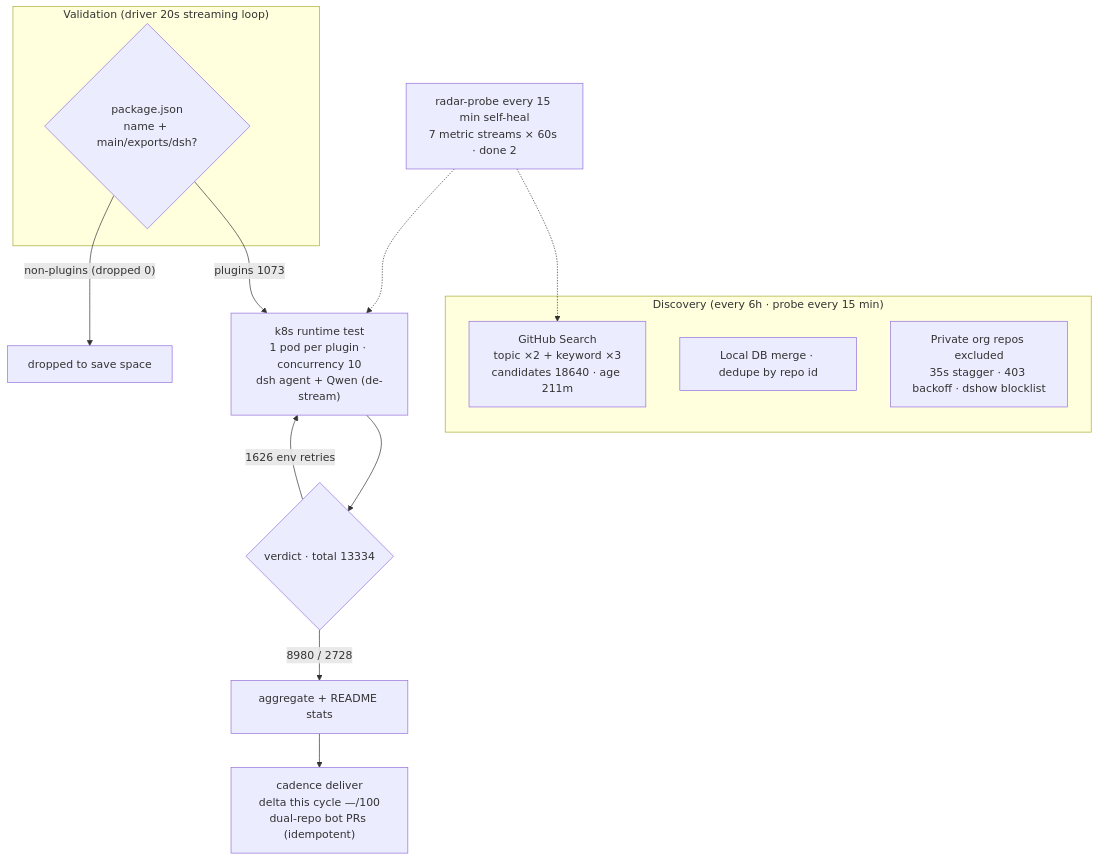
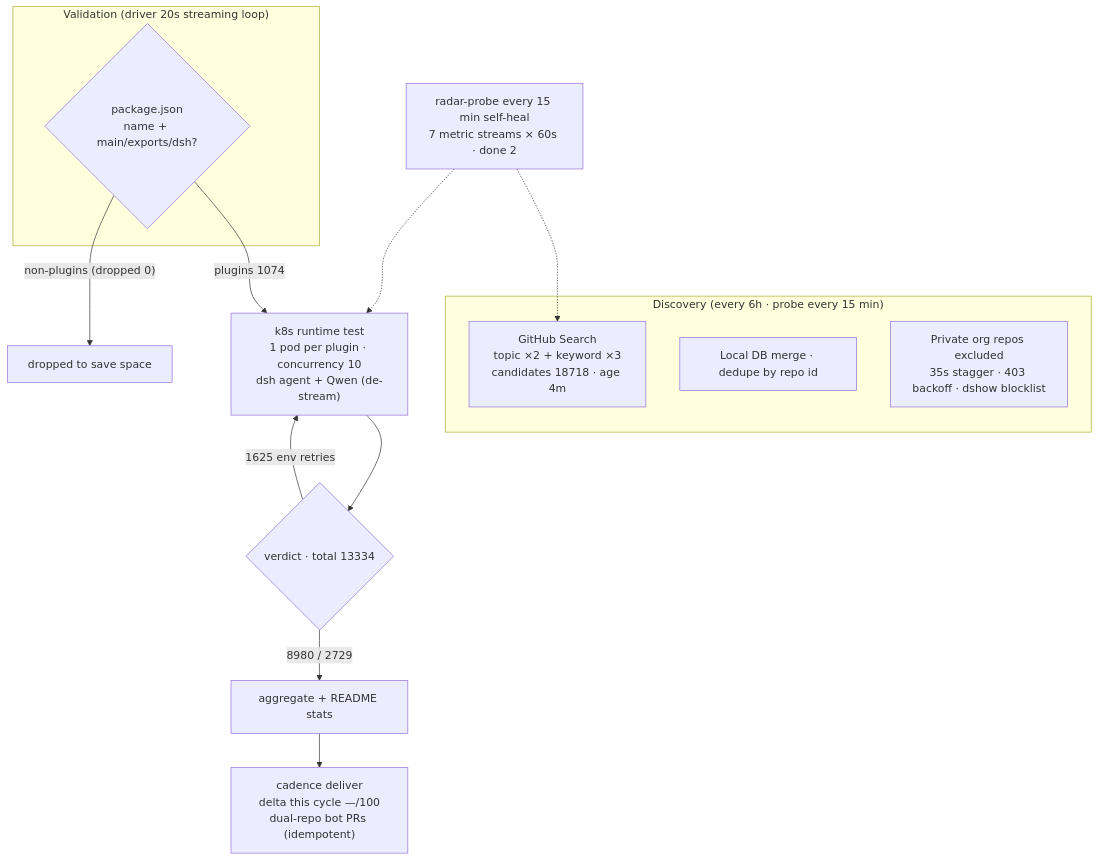
One commit to AdamPlatin123/dsh-plugin-radar changed the diagram in README.en-US.md. Above: the diagram before and after it, drawn with Mermaid. The commit also changed other lines of this file and 15 other files, not shown here.

````diff
--- a/README.en-US.md
+++ b/README.en-US.md
@@ -45,20 +45,20 @@
 ```mermaid
 flowchart TB
     subgraph Discovery["Discovery (every 6h · probe every 15 min)"]
-        A1["GitHub Search<br/>topic ×2 + keyword ×3<br/>candidates 18640 · age 211m"]
+        A1["GitHub Search<br/>topic ×2 + keyword ×3<br/>candidates 18718 · age 4m"]
         A2["Local DB merge · dedupe by repo id"]
         A3["Private org repos excluded<br/>35s stagger · 403 backoff · dshow blocklist"]
     end
     subgraph Validation["Validation (driver 20s streaming loop)"]
         B1{"package.json<br/>name + main/exports/dsh?"}
     end
-    B1 -->|"plugins 1073"| C1["k8s runtime test<br/>1 pod per plugin · concurrency 10<br/>dsh agent + Qwen (de-stream)"]
+    B1 -->|"plugins 1074"| C1["k8s runtime test<br/>1 pod per plugin · concurrency 10<br/>dsh agent + Qwen (de-stream)"]
     B1 -->|"non-plugins (dropped 0)"| B3["dropped to save space"]
     C1 --> D1{"verdict · total 13334"}
-    D1 -->|"8980 / 2728"| E1["aggregate + README stats"]
-    D1 -->|"1626 env retries"| C1
+    D1 -->|"8980 / 2729"| E1["aggregate + README stats"]
+    D1 -->|"1625 env retries"| C1
     E1 --> E2["cadence deliver<br/>delta this cycle —/100<br/>dual-repo bot PRs (idempotent)"]
     M["radar-probe every 15 min self-heal<br/>7 metric streams × 60s · done 2"]
     M -.-> A1
     M -.-> C1
 ```
````
